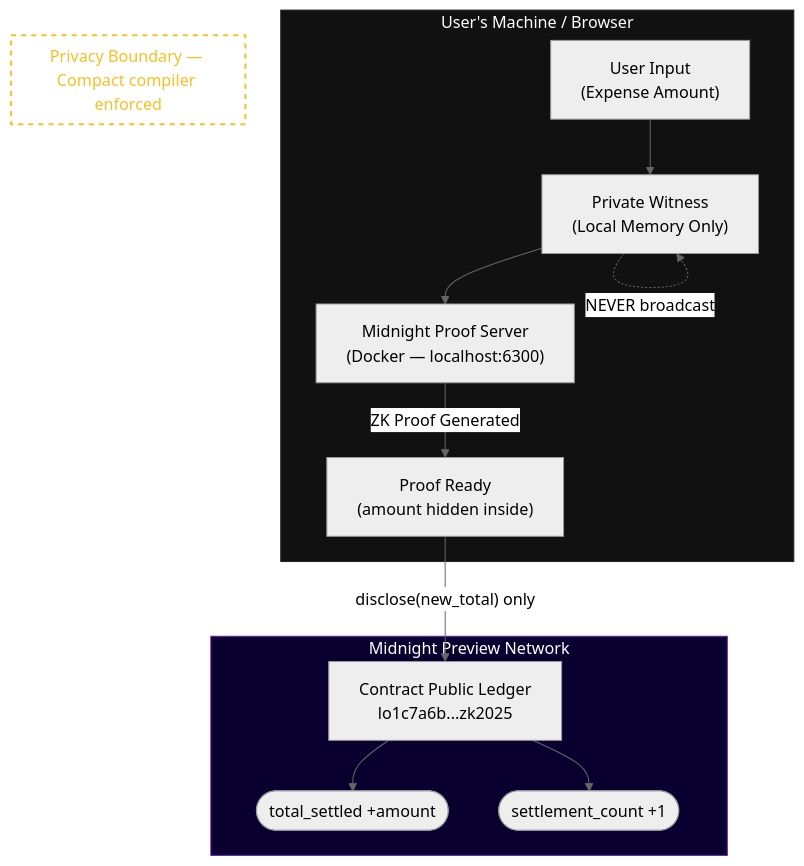
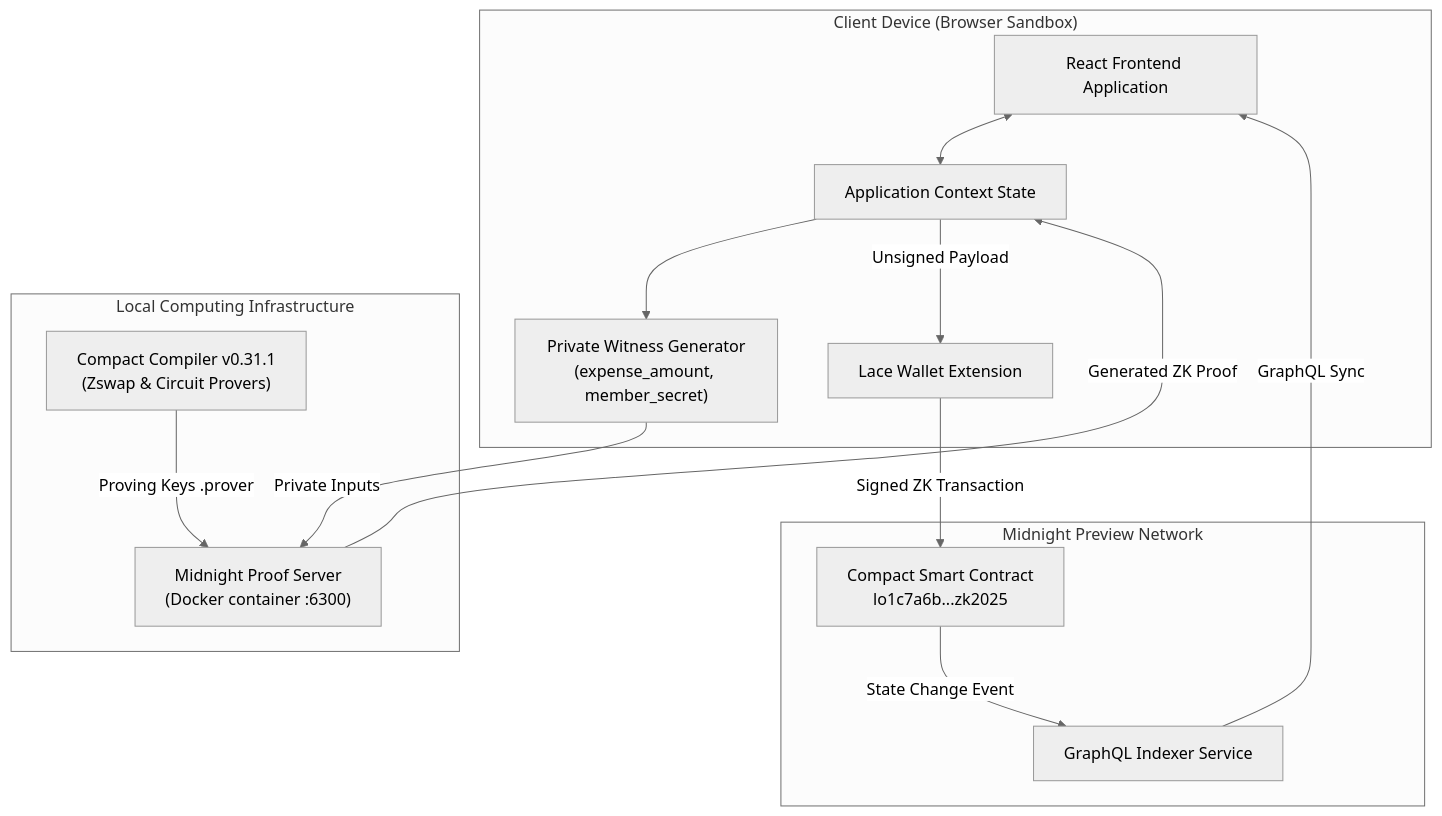
Before and after one commit to Gokul-social/Midnight_proj: the first of 2 diagrams in README.md, drawn with Mermaid (neutral theme). The commit also changed other lines of this file and 10 other files, not shown here.

First line of the commit message:
docs: production-grade README with architecture diagrams and screenshot gallery

````diff
--- a/README.md
+++ b/README.md
@@ -187,22 +111,29 @@
 ```mermaid
-graph TD
-    subgraph Local ["User's Machine / Browser"]
-        A["User Input\n(Expense Amount)"] --> B["Private Witness\n(Local Memory Only)"]
-        B --> C["Midnight Proof Server\n(Docker — localhost:6300)"]
-        C -->|"ZK Proof Generated"| D["Proof Ready\n(amount hidden inside)"]
+flowchart TB
+    subgraph Client ["Client Device (Browser Sandbox)"]
+        UI["React Frontend Application"]
+        Context["Application Context State"]
+        Witness["Private Witness Generator\n(expense_amount, member_secret)"]
+        Lace["Lace Wallet Extension"]
     end
 
-    subgraph Chain ["Midnight Preview Network"]
-        D -->|"disclose(new_total) only"| E["Contract Public Ledger\nlo1c7a6b...zk2025"]
-        E --> F(["total_settled +amount"])
-        E --> G(["settlement_count +1"])
+    subgraph LocalInfra ["Local Computing Infrastructure"]
+        ProofServer["Midnight Proof Server\n(Docker container :6300)"]
+        Compiler["Compact Compiler v0.31.1\n(Zswap & Circuit Provers)"]
     end
 
-    subgraph Boundary ["Privacy Boundary — Compact compiler enforced"]
-        B -.->|"NEVER broadcast"| B
+    subgraph Network ["Midnight Preview Network"]
+        Contract["Compact Smart Contract\nlo1c7a6b...zk2025"]
+        Indexer["GraphQL Indexer Service"]
     end
 
-    style Local fill:#111,stroke:#222,color:#fff
-    style Chain fill:#0a0030,stroke:#6B21A8,color:#fff
-    style Boundary fill:none,stroke:#fbbf24,stroke-width:2px,stroke-dasharray:5 5,color:#fbbf24
+    UI <--> Context
+    Context --> Witness
+    Witness -->|Private Inputs| ProofServer
+    Compiler -->|Proving Keys .prover| ProofServer
+    ProofServer -->|Generated ZK Proof| Context
+    Context -->|Unsigned Payload| Lace
+    Lace -->|Signed ZK Transaction| Contract
+    Contract -->|State Change Event| Indexer
+    Indexer -->|GraphQL Sync| UI
 ```
````
